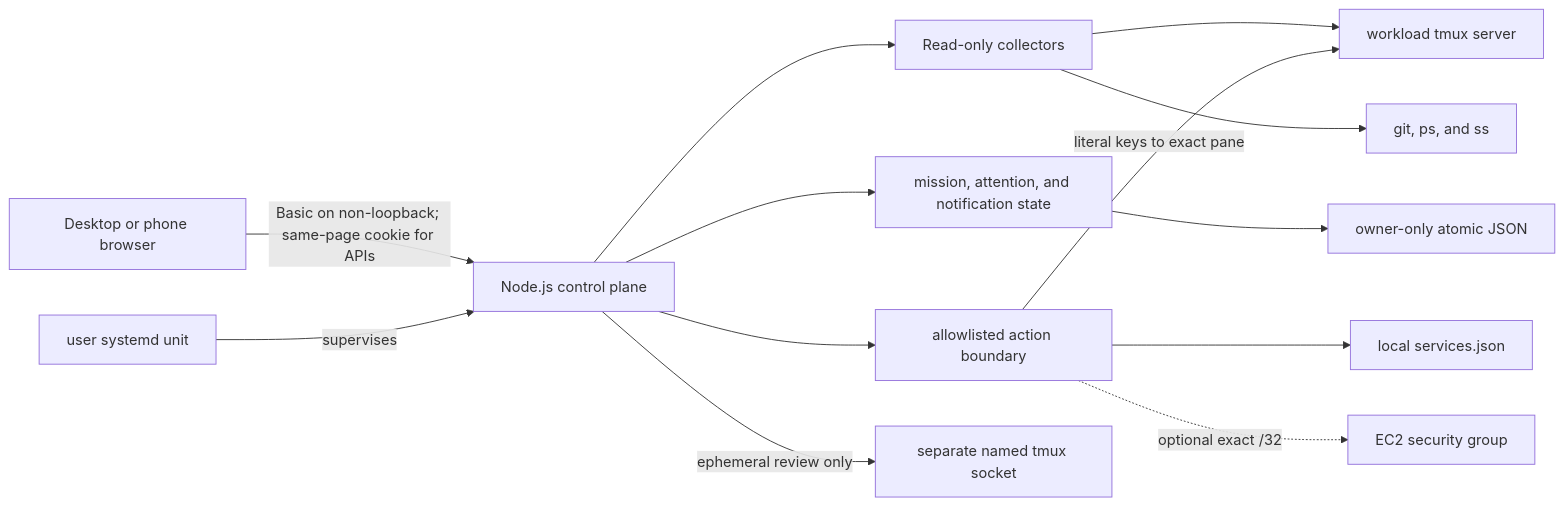
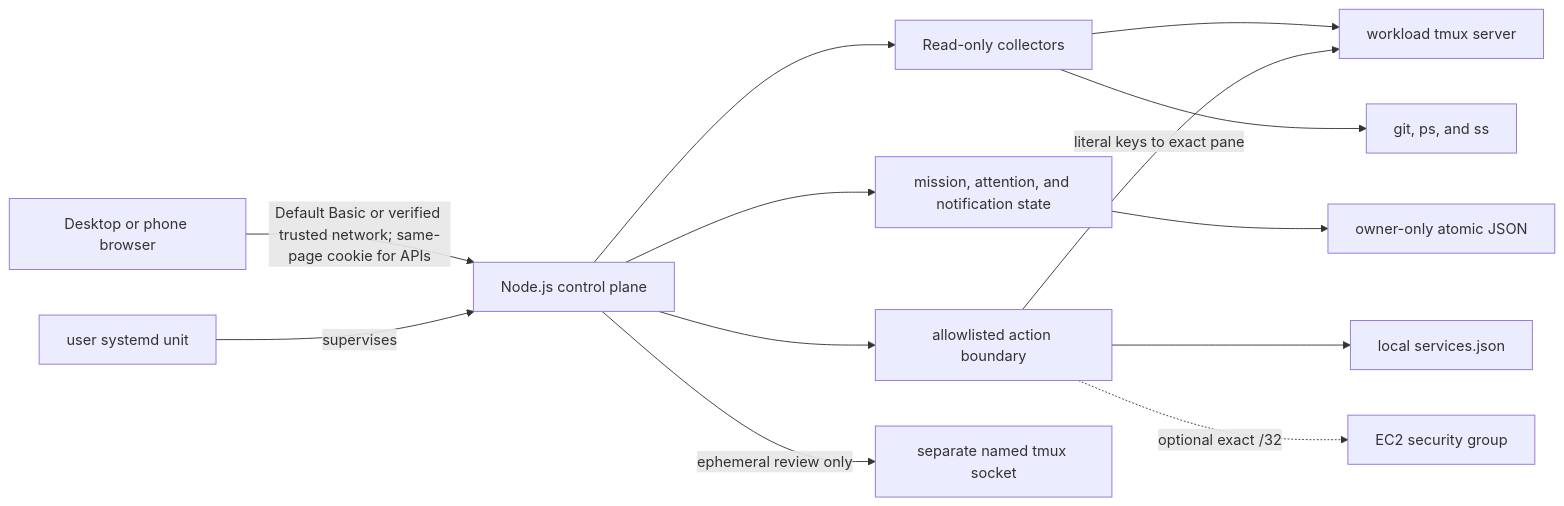
One commit to jmac4909/PaneFleet changed the diagram in README.md. Above: the diagram before and after it, drawn with Mermaid. The commit also changed other lines of this file and 7 other files, not shown here.

Commit message:
Support verified trusted network access

````diff
--- a/README.md
+++ b/README.md
@@ -47,19 +47,19 @@
 ```mermaid
 flowchart LR
-    Browser[Desktop or phone browser] -->|Basic on non-loopback; same-page cookie for APIs| Control[Node.js control plane]
+    Browser[Desktop or phone browser] -->|Default Basic or verified trusted network; same-page cookie for APIs| Control[Node.js control plane]
     Systemd[user systemd unit] -->|supervises| Control
 
     Control --> Read[Read-only collectors]
     Read --> Tmux[workload tmux server]
     Read --> Host[git, ps, and ss]
 
     Control --> Domain[mission, attention, and notification state]
     Domain --> Data[owner-only atomic JSON]
 
     Control --> Guard[allowlisted action boundary]
     Guard -->|literal keys to exact pane| Tmux
     Guard --> Registry[local services.json]
     Guard -. optional exact /32 .-> Cloud[EC2 security group]
 
     Control -->|ephemeral review only| Review[separate named tmux socket]
 ```
````
